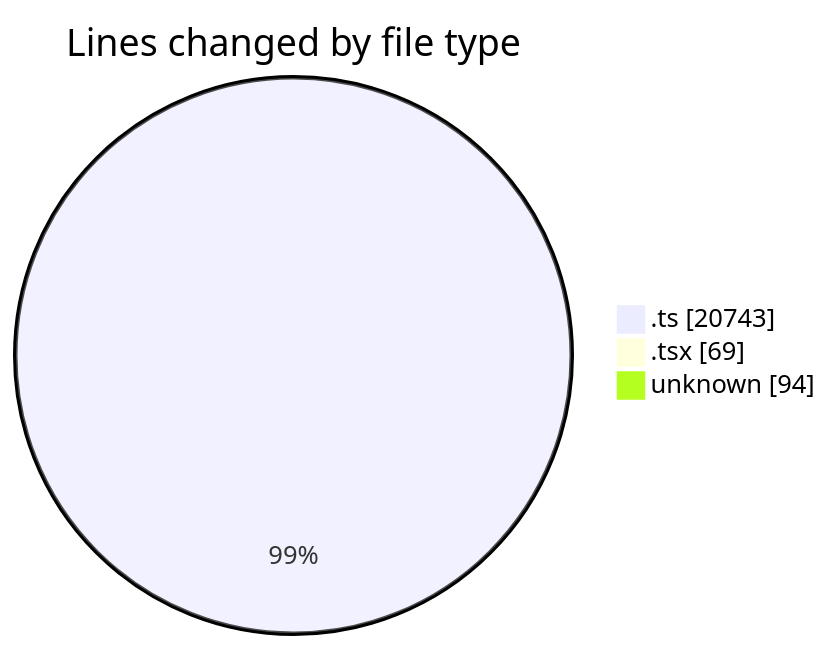
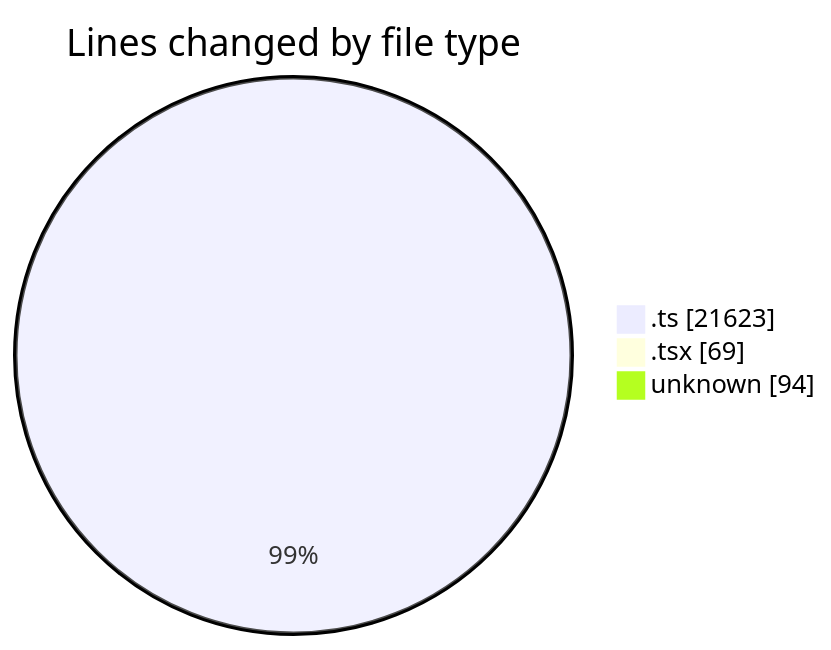
The first of 2 diagrams in 2025-09-11/cda/README.md (momahboobian/code-tracking), drawn with Mermaid before and after one commit. The commit also changed other lines of this file and 1 other file, not shown here.

````diff
--- a/2025-09-11/cda/README.md
+++ b/2025-09-11/cda/README.md
@@ -31,7 +31,7 @@
 ```mermaid
 pie showData
 title Lines changed by file type
-".ts" : 20743
+".ts" : 21623
 ".tsx" : 69
 "unknown" : 94
 ```
````
